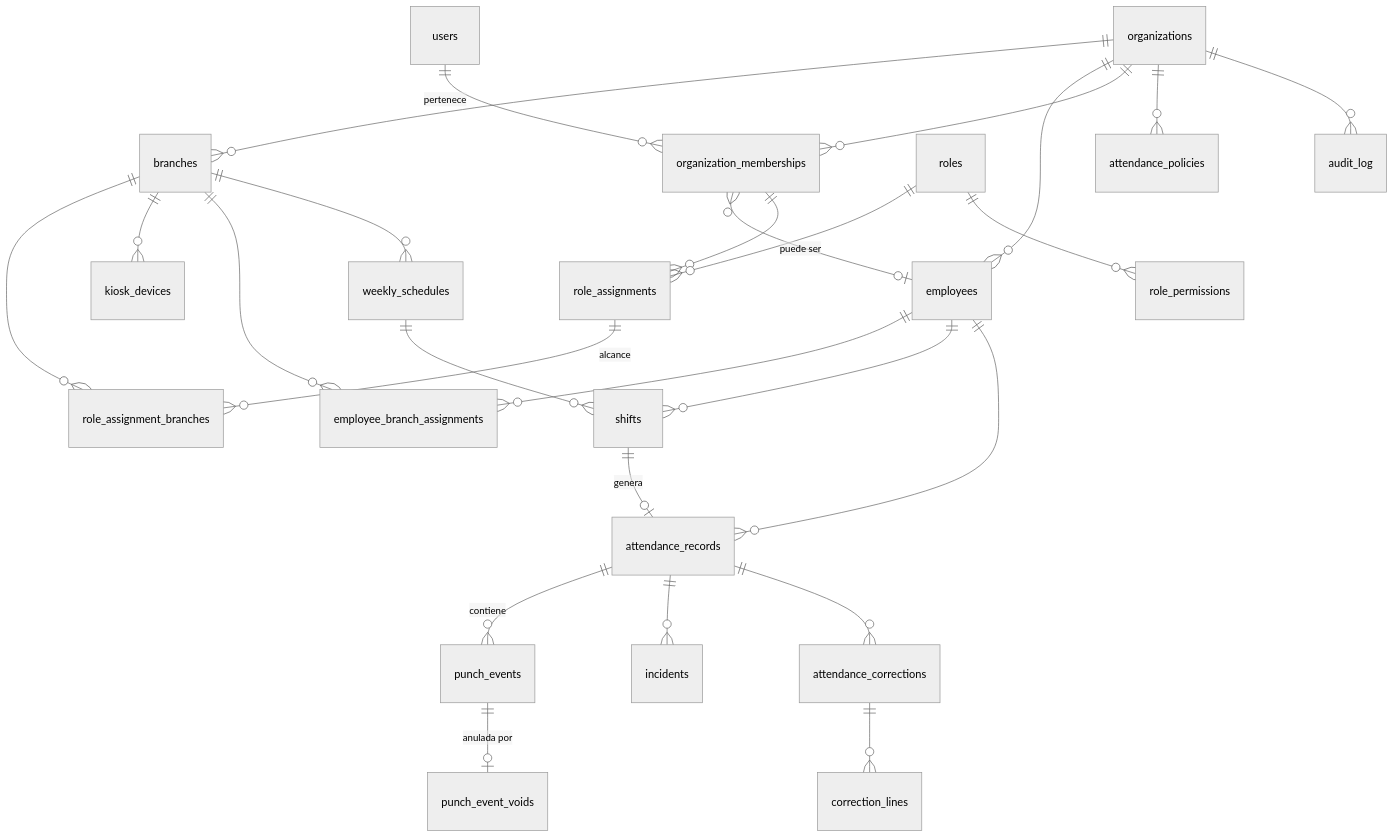
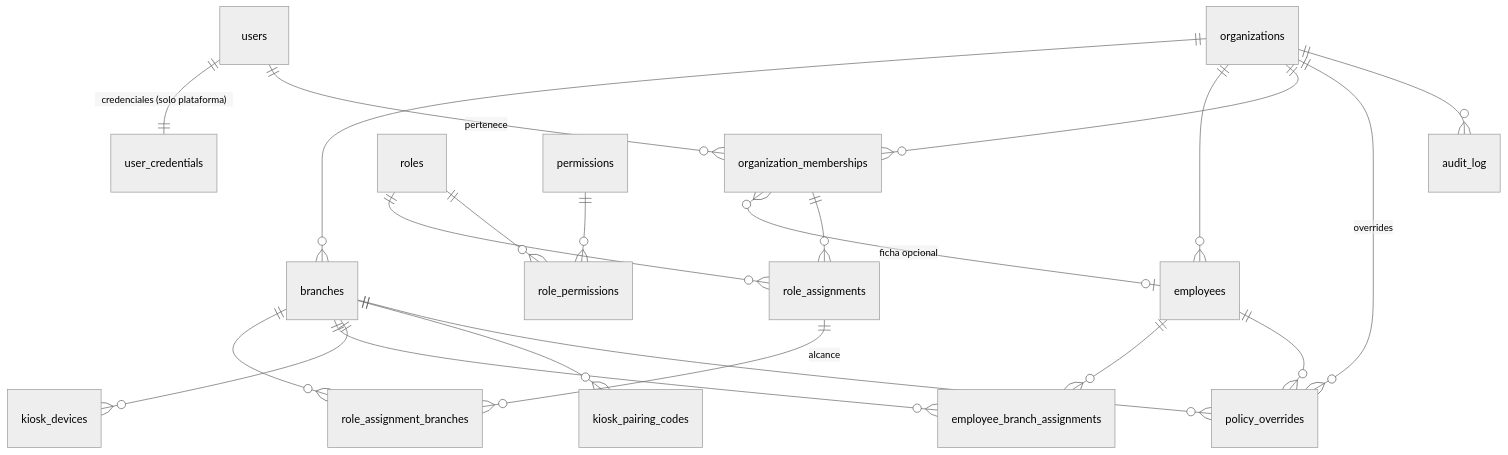
Before and after one commit to LACMMXLI/claude-app-checador: the diagram in docs/02-modelo-de-datos.md, drawn with Mermaid (neutral theme). The commit also changed other lines of this file and 77 other files, not shown here.

````diff
--- a/docs/02-modelo-de-datos.md
+++ b/docs/02-modelo-de-datos.md
@@ -18,29 +18,23 @@
 ```mermaid
 erDiagram
   organizations ||--o{ branches : ""
   organizations ||--o{ employees : ""
   organizations ||--o{ organization_memberships : ""
+  users ||--|| user_credentials : "credenciales (solo plataforma)"
   users ||--o{ organization_memberships : "pertenece"
-  organization_memberships }o--o| employees : "puede ser"
+  organization_memberships }o--o| employees : "ficha opcional"
   organization_memberships ||--o{ role_assignments : ""
   roles ||--o{ role_assignments : ""
+  roles ||--o{ role_permissions : ""
+  permissions ||--o{ role_permissions : ""
   role_assignments ||--o{ role_assignment_branches : "alcance"
   branches ||--o{ role_assignment_branches : ""
-  roles ||--o{ role_permissions : ""
-  branches ||--o{ kiosk_devices : ""
   employees ||--o{ employee_branch_assignments : ""
   branches ||--o{ employee_branch_assignments : ""
-
-  branches ||--o{ weekly_schedules : ""
-  weekly_schedules ||--o{ shifts : ""
-  employees ||--o{ shifts : ""
-  shifts ||--o| attendance_records : "genera"
-  employees ||--o{ attendance_records : ""
-  attendance_records ||--o{ punch_events : "contiene"
-  punch_events ||--o| punch_event_voids : "anulada por"
-  attendance_records ||--o{ incidents : ""
-  attendance_records ||--o{ attendance_corrections : ""
-  attendance_corrections ||--o{ correction_lines : ""
-  organizations ||--o{ attendance_policies : ""
+  branches ||--o{ kiosk_devices : ""
+  branches ||--o{ kiosk_pairing_codes : ""
+  organizations ||--o{ policy_overrides : "overrides"
+  branches ||--o{ policy_overrides : ""
+  employees ||--o{ policy_overrides : ""
   organizations ||--o{ audit_log : ""
 ```
````
